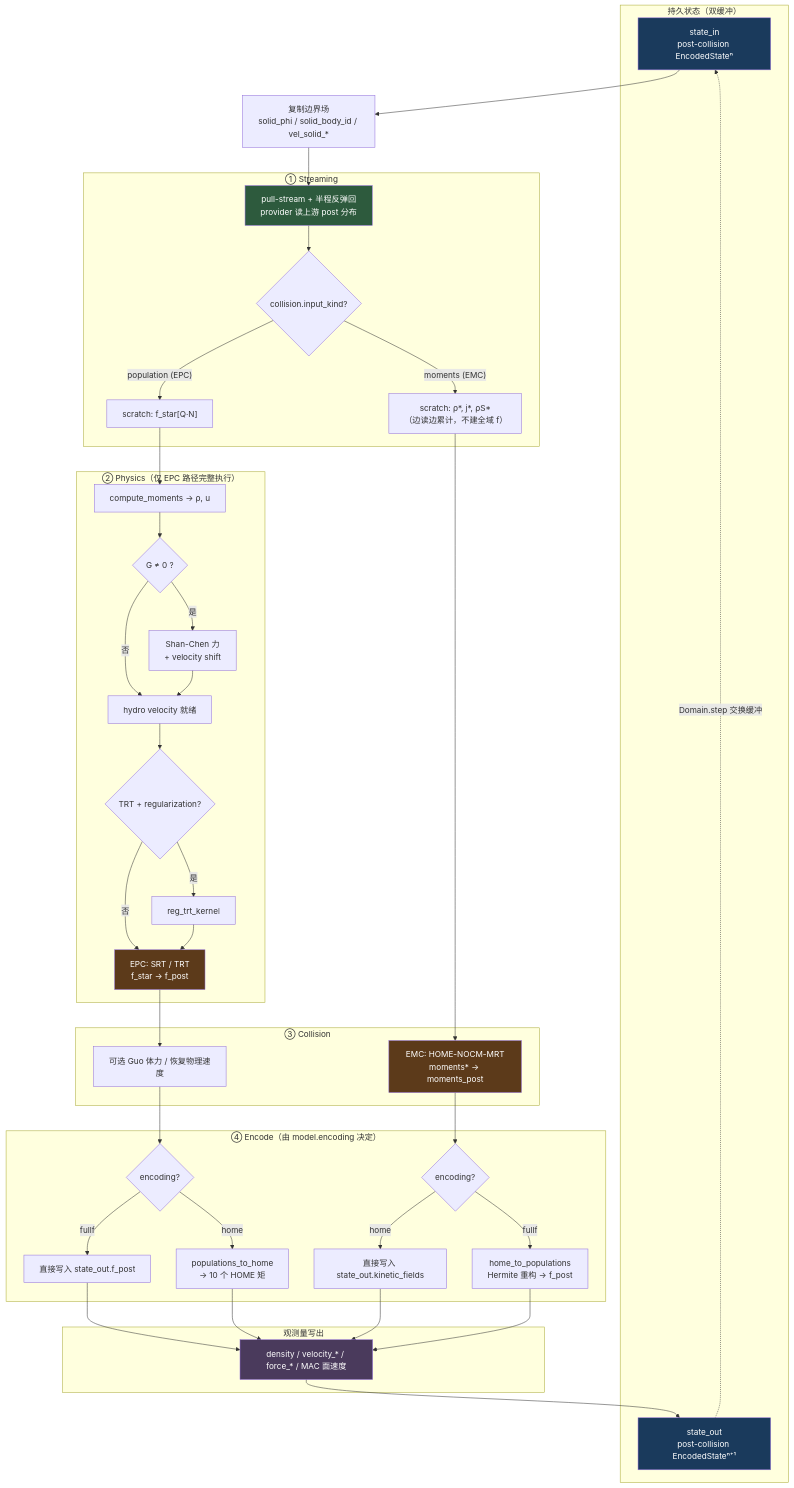
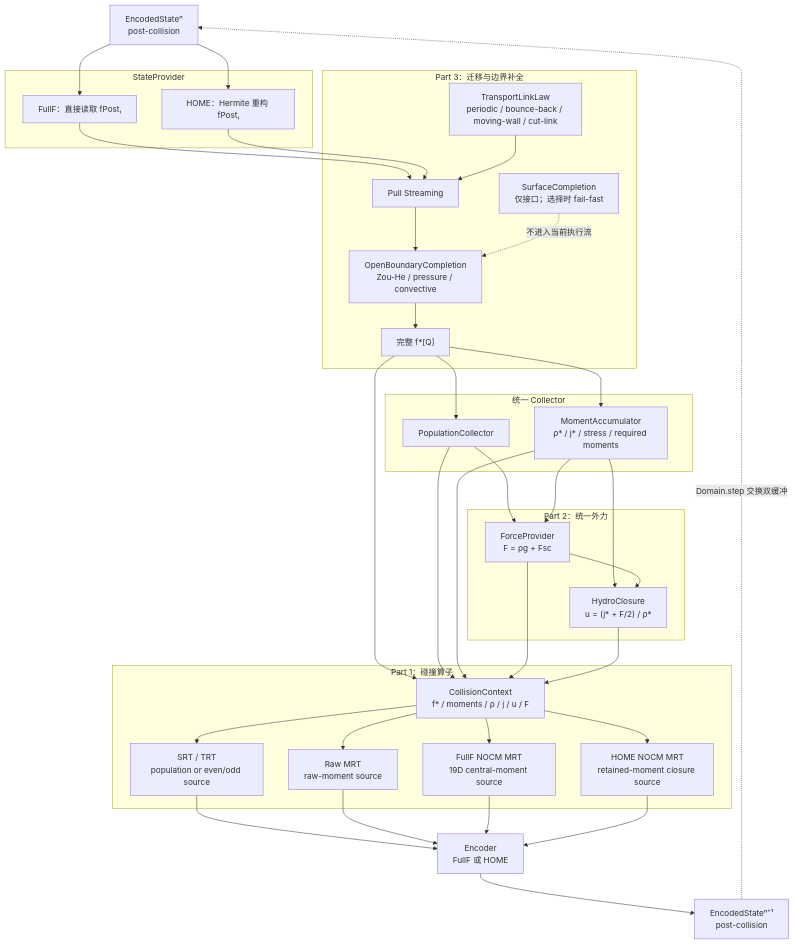
The diagram in docs/wanphys/lbm/mermaid/01_pipeline_overview.md (Cavibot/LBM-Fluid-Structure-Interaction), drawn with Mermaid before and after one commit. The commit also changed other lines of this file and 27 other files, not shown here.

````diff
--- a/docs/wanphys/lbm/mermaid/01_pipeline_overview.md
+++ b/docs/wanphys/lbm/mermaid/01_pipeline_overview.md
@@ -11,69 +8,71 @@
 ```mermaid
 flowchart TB
-    subgraph Persist["持久状态（双缓冲）"]
-        SI["state_in<br/>post-collision EncodedStateⁿ"]
-        SO["state_out<br/>post-collision EncodedStateⁿ⁺¹"]
+    SI["EncodedStateⁿ<br/>post-collision"]
+
+    subgraph PROVIDER["StateProvider"]
+        PF["FullF：直接读取 fPostᵢ"]
+        PH["HOME：Hermite 重构 fPostᵢ"]
     end
 
-    SI --> COPY["复制边界场<br/>solid_phi / solid_body_id / vel_solid_*"]
-    COPY --> STREAM
-
-    subgraph STAGE1["① Streaming"]
-        STREAM["pull-stream + 半程反弹回<br/>provider 读上游 post 分布"]
-        STREAM --> KIND{collision.input_kind?}
-        KIND -->|"population (EPC)"| FSTAR["scratch: f_star[Q·N]"]
-        KIND -->|"moments (EMC)"| MSTAR["scratch: ρ*, j*, ρS*<br/>（边读边累计，不建全域 f）"]
+    subgraph BOUNDARY["Part 3：迁移与边界补全"]
+        ST["Pull Streaming"]
+        TL["TransportLinkLaw<br/>periodic / bounce-back / moving-wall / cut-link"]
+        OC["OpenBoundaryCompletion<br/>Zou-He / pressure / convective"]
+        FS["完整 f*[Q]"]
+        SURF["SurfaceCompletion<br/>仅接口；选择时 fail-fast"]
     end
 
-    FSTAR --> PHYS
-    MSTAR --> EMC
-
-    subgraph STAGE2["② Physics（仅 EPC 路径完整执行）"]
-        PHYS["compute_moments → ρ, u"]
-        PHYS --> SC{"G ≠ 0 ?"}
-        SC -->|是| FORCE["Shan-Chen 力<br/>+ velocity shift"]
-        SC -->|否| HYDRO["hydro velocity 就绪"]
-        FORCE --> HYDRO
-        HYDRO --> REG{"TRT + regularization?"}
-        REG -->|是| REGF["reg_trt_kernel"]
-        REG -->|否| COLL
-        REGF --> COLL
+    subgraph COLLECT["统一 Collector"]
+        PC["PopulationCollector"]
+        MA["MomentAccumulator<br/>ρ* / j* / stress / required moments"]
     end
 
-    subgraph STAGE3["③ Collision"]
-        COLL["EPC: SRT / TRT<br/>f_star → f_post"]
-        COLL --> FORCE2["可选 Guo 体力 / 恢复物理速度"]
-        EMC["EMC: HOME-NOCM-MRT<br/>moments* → moments_post"]
+    subgraph FORCE["Part 2：统一外力"]
+        FP["ForceProvider<br/>F = ρg + Fsc"]
+        HC["HydroClosure<br/>u = (j* + F/2) / ρ*"]
     end
 
-    FORCE2 --> ENC1
-    EMC --> ENC2
-
-    subgraph STAGE4["④ Encode（由 model.encoding 决定）"]
-        ENC1{"encoding?"}
-        ENC1 -->|fullf| OUTF["直接写入 state_out.f_post"]
-        ENC1 -->|home| OUTH1["populations_to_home<br/>→ 10 个 HOME 矩"]
-        ENC2{"encoding?"}
-        ENC2 -->|home| OUTH2["直接写入 state_out.kinetic_fields"]
-        ENC2 -->|fullf| OUTF2["home_to_populations<br/>Hermite 重构 → f_post"]
+    subgraph COLLIDE["Part 1：碰撞算子"]
+        CTX["CollisionContext<br/>f* / moments / ρ / j / u / F"]
+        EPC["SRT / TRT<br/>population or even/odd source"]
+        RAW["Raw MRT<br/>raw-moment source"]
+        NOCM["FullF NOCM MRT<br/>19D central-moment source"]
+        HOME["HOME NOCM MRT<br/>retained-moment closure source"]
     end
 
-    OUTF --> OBS
-    OUTH1 --> OBS
-    OUTH2 --> OBS
-    OUTF2 --> OBS
+    EN["Encoder<br/>FullF 或 HOME"]
+    SO["EncodedStateⁿ⁺¹<br/>post-collision"]
 
-    subgraph OBSERVE["观测量写出"]
-        OBS["density / velocity_* / force_* / MAC 面速度"]
-    end
+    SI --> PF
+    SI --> PH
+    PF --> ST
+    PH --> ST
+    TL --> ST
+    ST --> OC
+    OC --> FS
+    SURF -. "不进入当前执行流" .-> OC
 
-    OBS --> SO
-    SO -.->|"Domain.step 交换缓冲"| SI
+    FS --> PC
+    FS --> MA
+    PC --> FP
+    MA --> FP
+    MA --> HC
+    FP --> HC
 
-    style SI fill:#1a3a5c,color:#fff
-    style SO fill:#1a3a5c,color:#fff
-    style STREAM fill:#2d5a3d,color:#fff
-    style COLL fill:#5c3a1a,color:#fff
-    style EMC fill:#5c3a1a,color:#fff
-    style OBS fill:#4a3a5c,color:#fff
+    FS --> CTX
+    PC --> CTX
+    MA --> CTX
+    FP --> CTX
+    HC --> CTX
+
+    CTX --> EPC
+    CTX --> RAW
+    CTX --> NOCM
+    CTX --> HOME
+    EPC --> EN
+    RAW --> EN
+    NOCM --> EN
+    HOME --> EN
+    EN --> SO
+    SO -. "Domain.step 交换双缓冲" .-> SI
 ```
````
